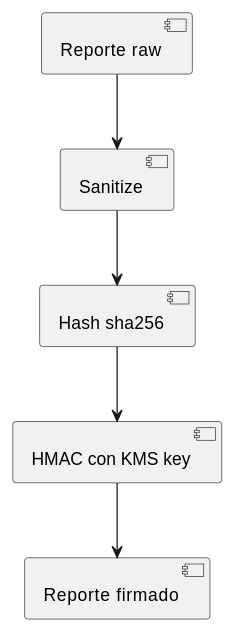
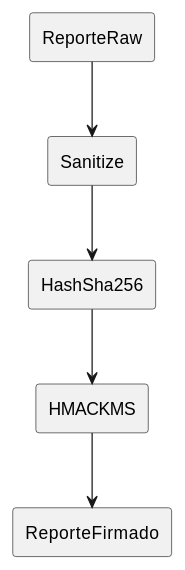
The third of 4 diagrams in source/requisitos/casos-uso/audit/uc-aud-04/diagramas-uml.rst (jcg-admin/IACT-docs), drawn with PlantUML before and after one commit. The commit also changed other lines of this file and 36 other files, not shown here.

First line of the commit message:
Fix warnings: title overlines, enum lists, plantuml in UC_AUD_04/RPT_04

```diff
--- a/source/requisitos/casos-uso/audit/uc-aud-04/diagramas-uml.rst
+++ b/source/requisitos/casos-uso/audit/uc-aud-04/diagramas-uml.rst
@@ -58,13 +55,13 @@
 .. uml::
 
  @startuml
- component "Reporte raw" as R
- component "Sanitize" as S
- component "Hash sha256" as H
- component "HMAC con KMS key" as M
- component "Reporte firmado" as F
+ rectangle "ReporteRaw" as R
+ rectangle "Sanitize" as S
+ rectangle "HashSha256" as H
+ rectangle "HMACKMS" as M
+ rectangle "ReporteFirmado" as F
  R --> S
  S --> H
  H --> M
  M --> F
  @enduml
```
